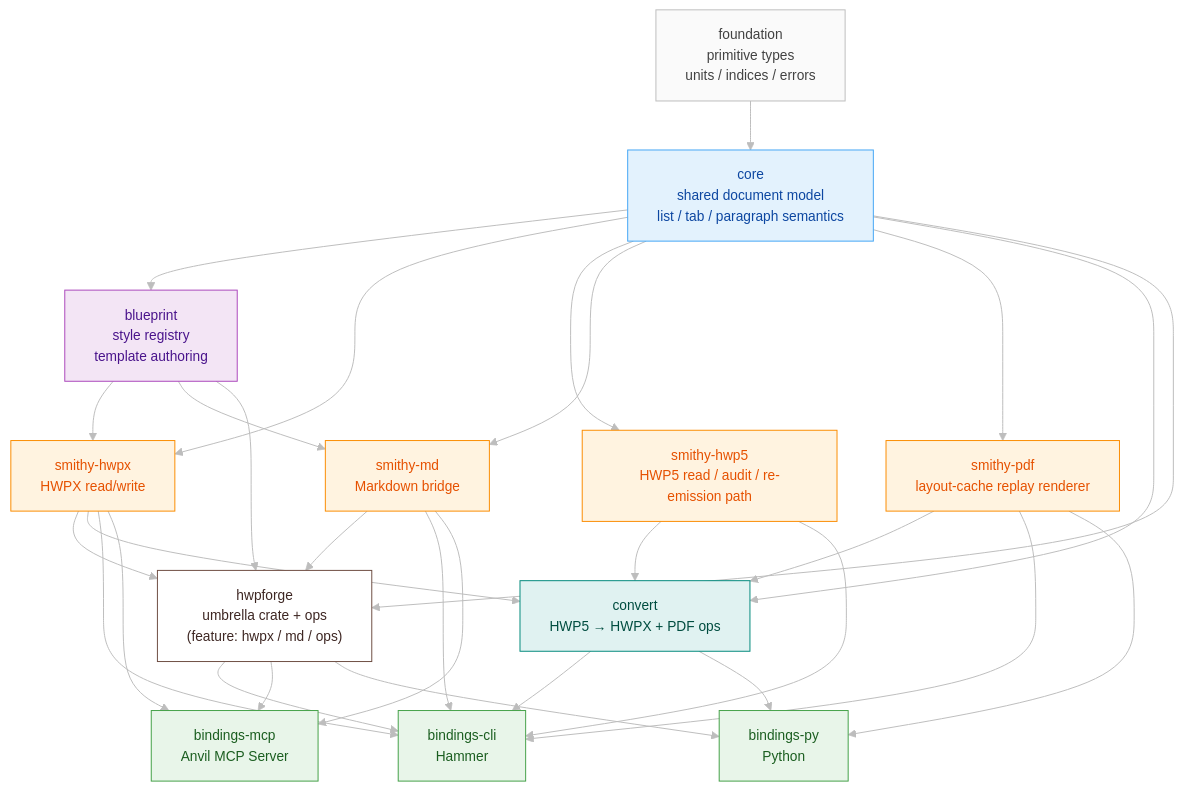
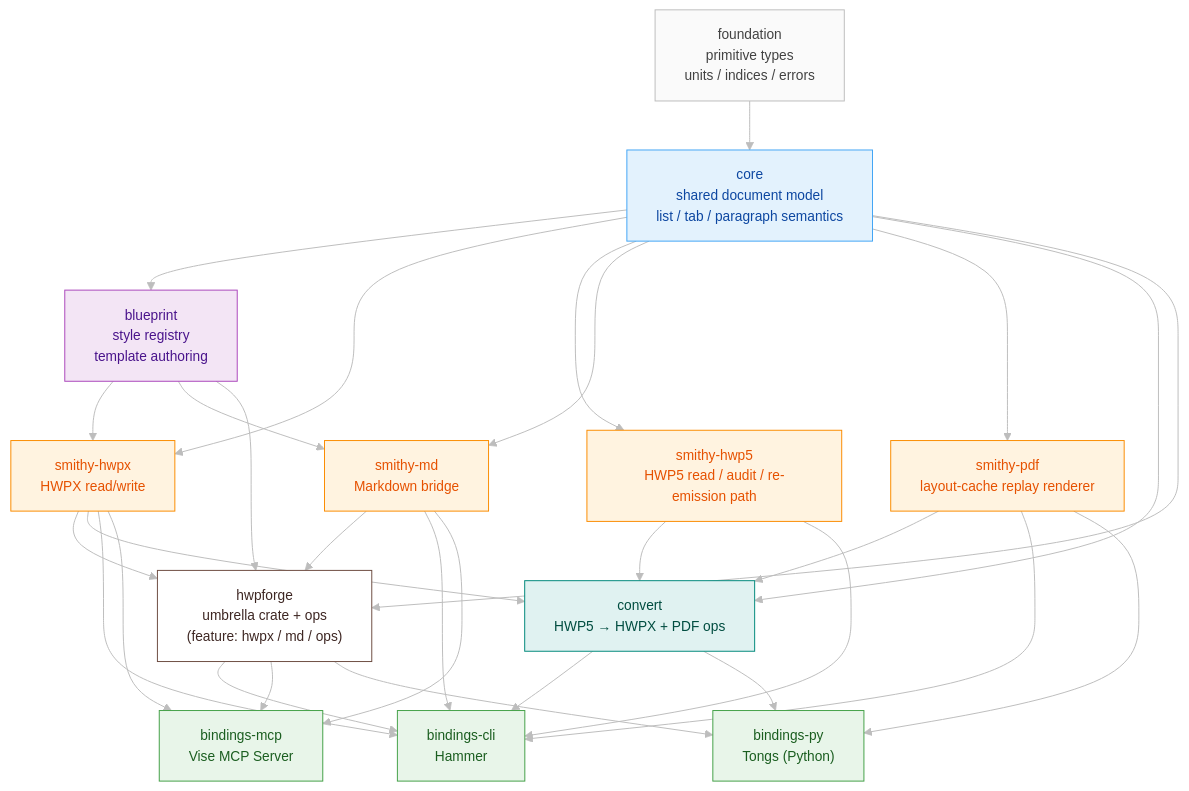
One commit to ai-screams/HwpForge changed the first of 2 diagrams in README.md. Above: the diagram before and after it, drawn with Mermaid. The commit also changed other lines of this file and 10 other files, not shown here.

````diff
--- a/README.md
+++ b/README.md
@@ -460,57 +460,57 @@
 ```mermaid
 %%{init: {'theme': 'base', 'themeVariables': {'fontSize': '14px', 'lineColor': '#BDBDBD'}}}%%
 flowchart TB
     F["foundation<br/>primitive types<br/>units / indices / errors"]:::foundation
     C["core<br/>shared document model<br/>list / tab / paragraph semantics"]:::core
     B["blueprint<br/>style registry<br/>template authoring"]:::blueprint
 
     SHX["smithy-hwpx<br/>HWPX read/write"]:::smithy
     SH5["smithy-hwp5<br/>HWP5 read / audit / re-emission path"]:::smithy
     SMD["smithy-md<br/>Markdown bridge"]:::smithy
     SPDF["smithy-pdf<br/>layout-cache replay renderer"]:::smithy
 
     HWPF["hwpforge<br/>umbrella crate + ops<br/>(feature: hwpx / md / ops)"]:::umbrella
     CONV["convert<br/>HWP5 → HWPX + PDF ops"]:::convert
 
     CLI["bindings-cli<br/>Hammer"]:::binding
-    MCP["bindings-mcp<br/>Anvil MCP Server"]:::binding
-    PY["bindings-py<br/>Python"]:::binding
+    MCP["bindings-mcp<br/>Vise MCP Server"]:::binding
+    PY["bindings-py<br/>Tongs (Python)"]:::binding
 
     F --> C
     C --> B
     C --> SHX
     C --> SH5
     C --> SMD
     C --> SPDF
     C --> CONV
     C --> HWPF
     B --> SHX
     B --> SMD
     B --> HWPF
     SHX --> HWPF
     SMD --> HWPF
     SHX --> CONV
     SH5 --> CONV
     SPDF --> CONV
     HWPF --> CLI
     SHX --> CLI
     SH5 --> CLI
     SMD --> CLI
     SPDF --> CLI
     CONV --> CLI
     HWPF --> MCP
     SHX --> MCP
     SMD --> MCP
     HWPF --> PY
     CONV --> PY
     SPDF --> PY
 
     classDef file fill:#FFFDE7,stroke:#F9A825,color:#5D4037
     classDef smithy fill:#FFF3E0,stroke:#FB8C00,color:#E65100
     classDef convert fill:#E0F2F1,stroke:#00897B,color:#004D40
     classDef core fill:#E3F2FD,stroke:#42A5F5,color:#0D47A1
     classDef blueprint fill:#F3E5F5,stroke:#AB47BC,color:#4A148C
     classDef foundation fill:#FAFAFA,stroke:#BDBDBD,color:#424242
     classDef umbrella fill:#FFFFFF,stroke:#6D4C41,color:#3E2723
     classDef binding fill:#E8F5E9,stroke:#43A047,color:#1B5E20
 ```
````
